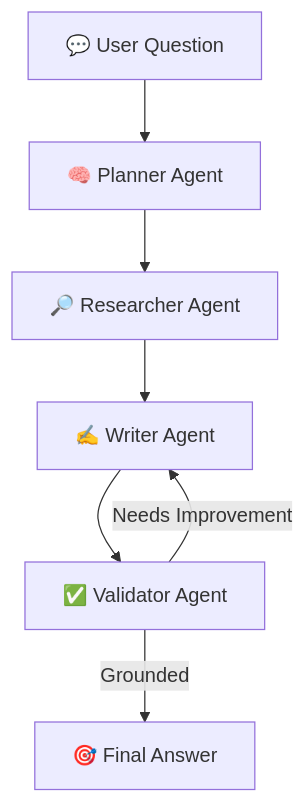
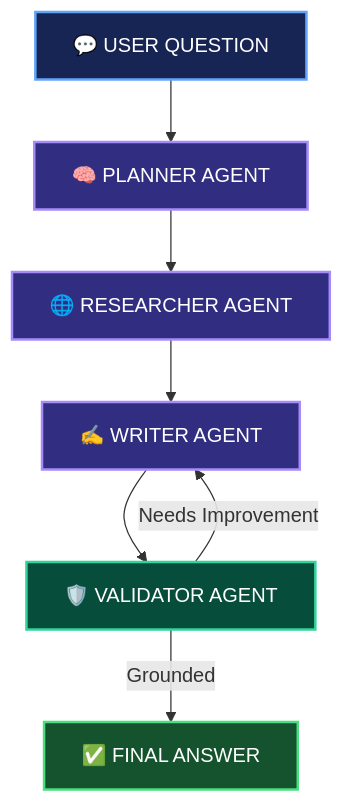
One commit to Usamashoaibkhan/multi-agent-ai-research-assistant changed the diagram in README.md. Above: the diagram before and after it, drawn with Mermaid. The commit also changed other lines of this file, not shown here.

````diff
--- a/README.md
+++ b/README.md
@@ -46,9 +49,19 @@
 ```mermaid
 flowchart TD
-    A["💬 User Question"] --> B["🧠 Planner Agent"]
-    B --> C["🔎 Researcher Agent"]
-    C --> D["✍️ Writer Agent"]
-    D --> E["✅ Validator Agent"]
-    E -->|Grounded| F["🎯 Final Answer"]
+    A["💬 USER QUESTION"] --> B["🧠 PLANNER AGENT"]
+    B --> C["🌐 RESEARCHER AGENT"]
+    C --> D["✍️ WRITER AGENT"]
+    D --> E["🛡️ VALIDATOR AGENT"]
+    E -->|Grounded| F["✅ FINAL ANSWER"]
     E -->|Needs Improvement| D
+
+    classDef input fill:#172554,stroke:#60A5FA,color:#FFFFFF,stroke-width:2px
+    classDef agent fill:#312E81,stroke:#A78BFA,color:#FFFFFF,stroke-width:2px
+    classDef validation fill:#064E3B,stroke:#34D399,color:#FFFFFF,stroke-width:2px
+    classDef output fill:#14532D,stroke:#4ADE80,color:#FFFFFF,stroke-width:2px
+
+    class A input
+    class B,C,D agent
+    class E validation
+    class F output
 ```
````
